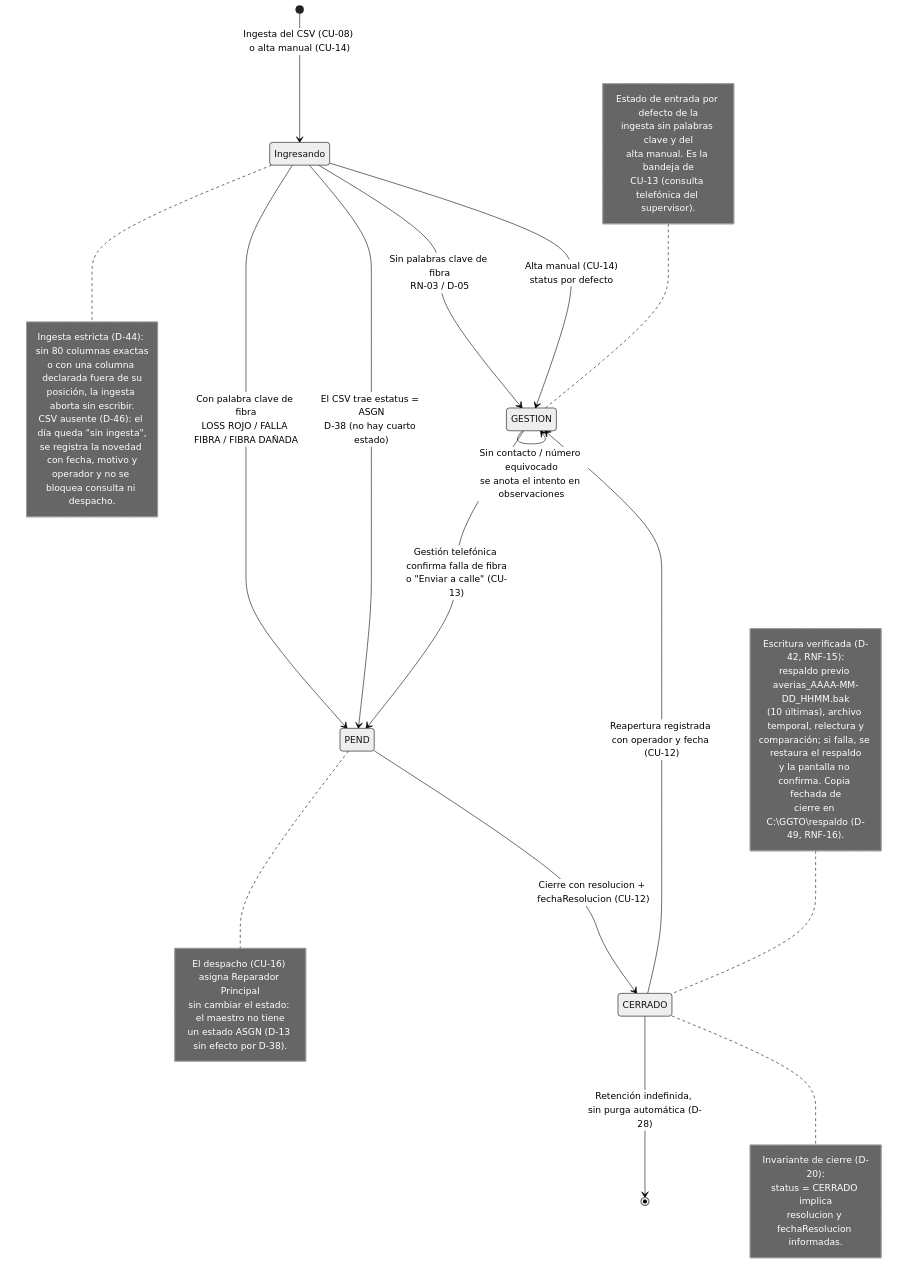
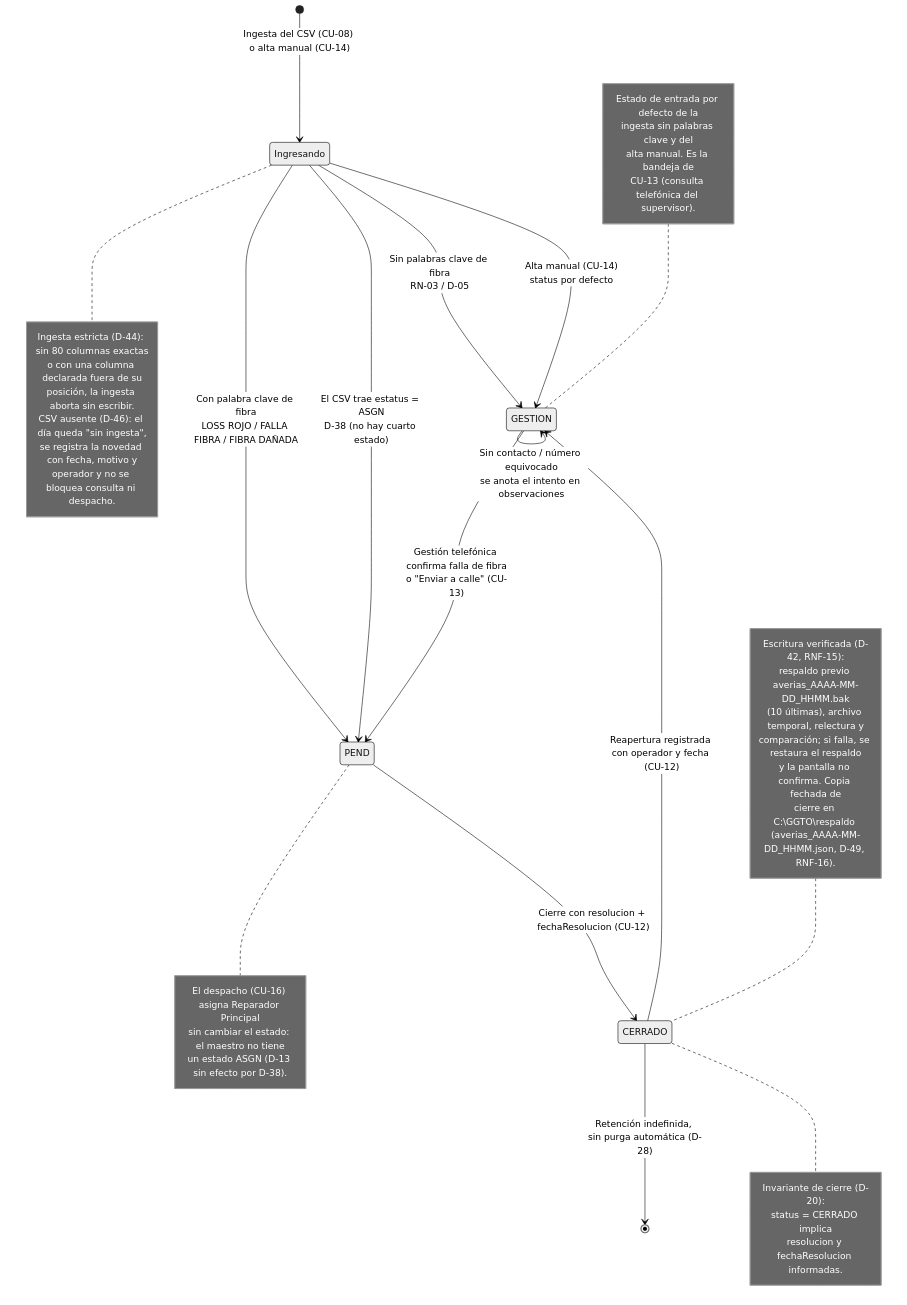
The eighth of 8 diagrams in RepoTecnico/casos_uso/diagramas.md (anlucorporations/GGTO), drawn with Mermaid (neutral theme) before and after one commit. The commit also changed other lines of this file and 1 other file, not shown here.

````diff
--- a/RepoTecnico/casos_uso/diagramas.md
+++ b/RepoTecnico/casos_uso/diagramas.md
@@ -473,54 +495,54 @@
 ```mermaid
 stateDiagram-v2
     [*] --> Ingresando : Ingesta del CSV (CU-08) o alta manual (CU-14)
 
     Ingresando --> GESTION : Sin palabras clave de fibra<br/>RN-03 / D-05
     Ingresando --> PEND : Con palabra clave de fibra<br/>LOSS ROJO / FALLA FIBRA / FIBRA DAÑADA
     Ingresando --> PEND : El CSV trae estatus = ASGN<br/>D-38 (no hay cuarto estado)
     Ingresando --> GESTION : Alta manual (CU-14)<br/>status por defecto
 
     GESTION --> PEND : Gestión telefónica confirma falla de fibra<br/>o "Enviar a calle" (CU-13)
     GESTION --> GESTION : Sin contacto / número equivocado<br/>se anota el intento en observaciones
 
     PEND --> CERRADO : Cierre con resolucion + fechaResolucion (CU-12)
 
     CERRADO --> GESTION : Reapertura registrada con operador y fecha (CU-12)
     CERRADO --> [*] : Retención indefinida, sin purga automática (D-28)
 
     note right of PEND
         El despacho (CU-16) asigna Reparador Principal
         sin cambiar el estado: el maestro no tiene
         un estado ASGN (D-13 sin efecto por D-38).
     end note
 
     note right of CERRADO
         Invariante de cierre (D-20):
         status = CERRADO implica
         resolucion y fechaResolucion informadas.
     end note
 
     note right of Ingresando
         Ingesta estricta (D-44): sin 80 columnas exactas
         o con una columna declarada fuera de su
         posición, la ingesta aborta sin escribir.
         CSV ausente (D-46): el día queda "sin ingesta",
         se registra la novedad con fecha, motivo y
         operador y no se bloquea consulta ni despacho.
     end note
 
     note left of CERRADO
         Escritura verificada (D-42, RNF-15):
         respaldo previo averias_AAAA-MM-DD_HHMM.bak
         (10 últimas), archivo temporal, relectura y
         comparación; si falla, se restaura el respaldo
         y la pantalla no confirma. Copia fechada de
-        cierre en C:\\GGTO\\respaldo (D-49, RNF-16).
+        cierre en C:\\GGTO\\respaldo (averias_AAAA-MM-DD_HHMM.json, D-49, RNF-16).
     end note
 
     note left of GESTION
         Estado de entrada por defecto de la
         ingesta sin palabras clave y del
         alta manual. Es la bandeja de
         CU-13 (consulta telefónica del supervisor).
     end note
 ```
````
